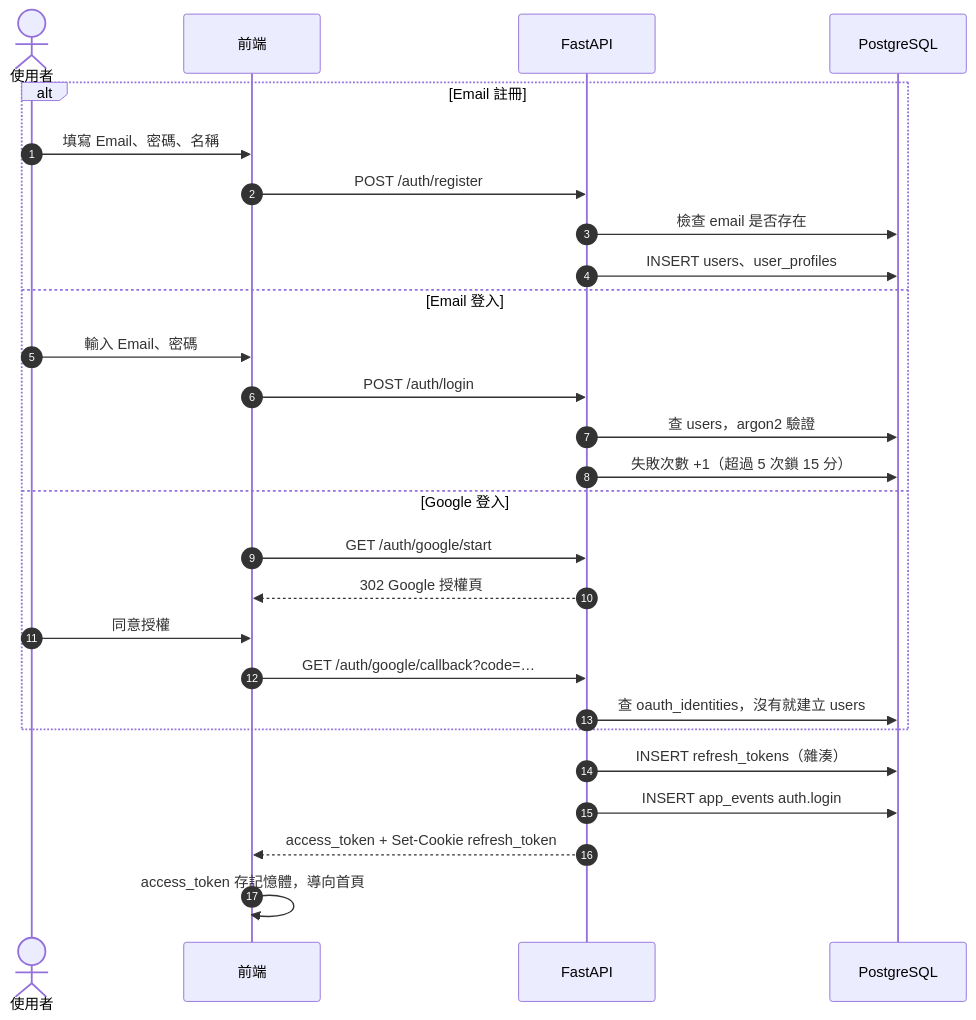
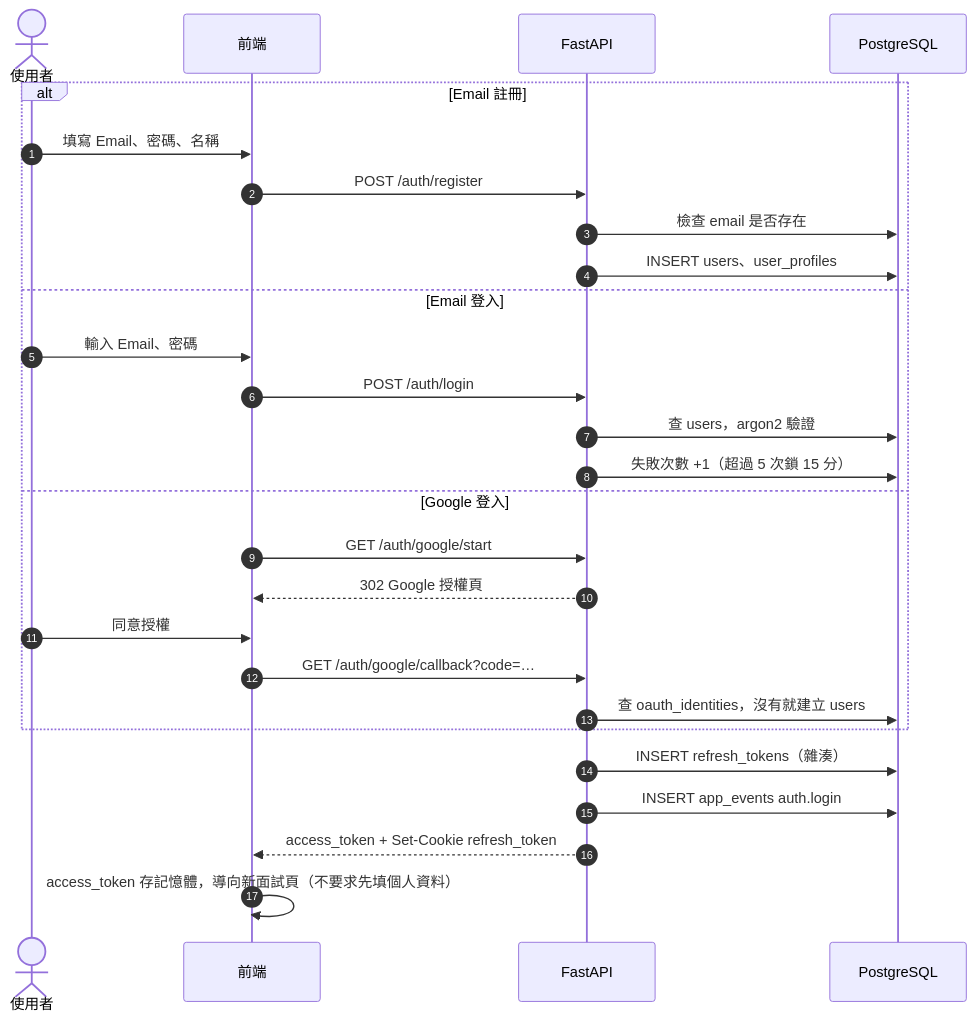
Before and after one commit to WilliamTsai1227/AI_Interview: the first of 29 diagrams in spec/flows.md, drawn with Mermaid. The commit also changed other lines of this file and 4 other files, not shown here.

````diff
--- a/spec/flows.md
+++ b/spec/flows.md
@@ -37,30 +37,30 @@
 ```mermaid
 sequenceDiagram
     autonumber
     actor U as 使用者
     participant FE as 前端
     participant API as FastAPI
     participant DB as PostgreSQL
 
     alt Email 註冊
         U->>FE: 填寫 Email、密碼、名稱
         FE->>API: POST /auth/register
         API->>DB: 檢查 email 是否存在
         API->>DB: INSERT users、user_profiles
     else Email 登入
         U->>FE: 輸入 Email、密碼
         FE->>API: POST /auth/login
         API->>DB: 查 users，argon2 驗證
         API->>DB: 失敗次數 +1（超過 5 次鎖 15 分）
     else Google 登入
         FE->>API: GET /auth/google/start
         API-->>FE: 302 Google 授權頁
         U->>FE: 同意授權
         FE->>API: GET /auth/google/callback?code=…
         API->>DB: 查 oauth_identities，沒有就建立 users
     end
     API->>DB: INSERT refresh_tokens（雜湊）
     API->>DB: INSERT app_events auth.login
     API-->>FE: access_token + Set-Cookie refresh_token
-    FE->>FE: access_token 存記憶體，導向首頁
+    FE->>FE: access_token 存記憶體，導向新面試頁（不要求先填個人資料）
 ```
````
